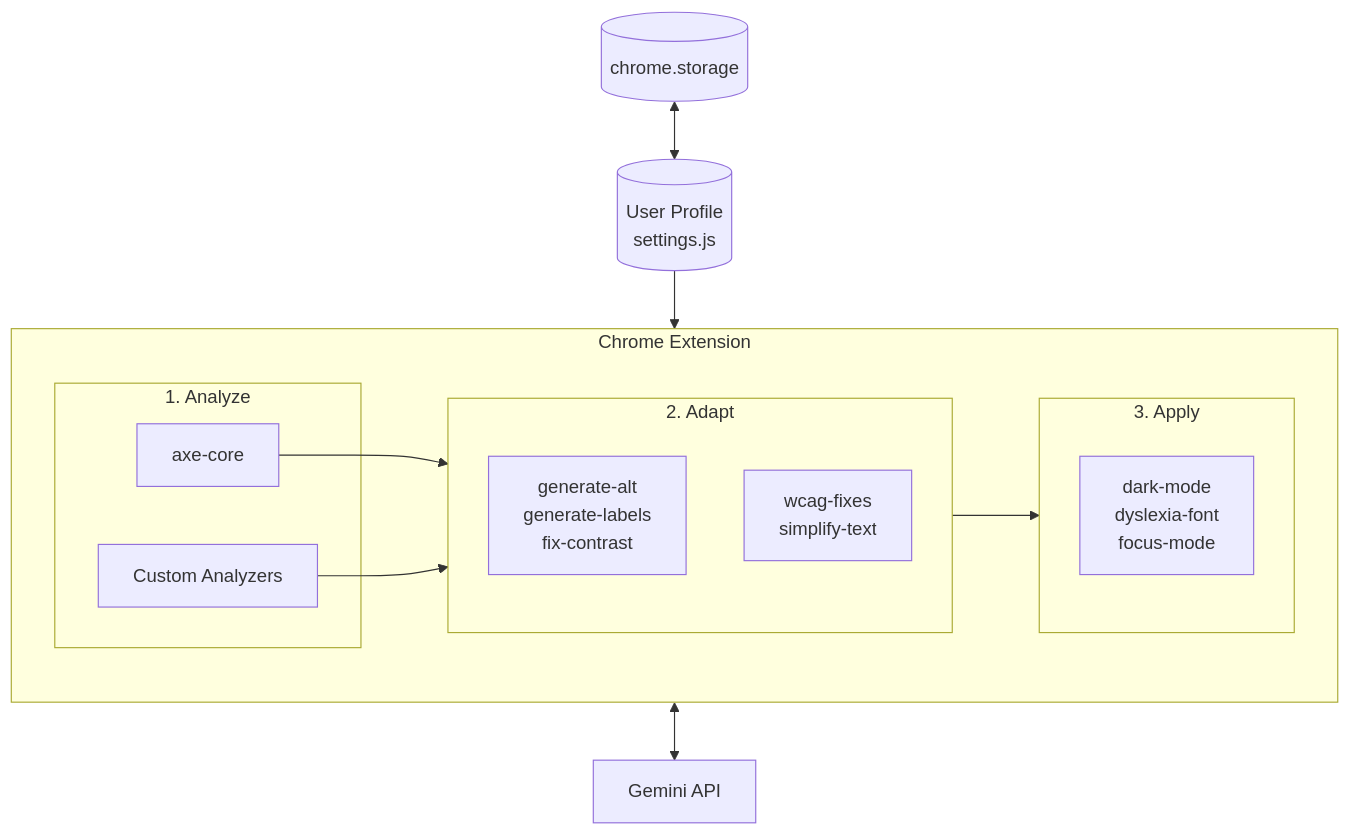
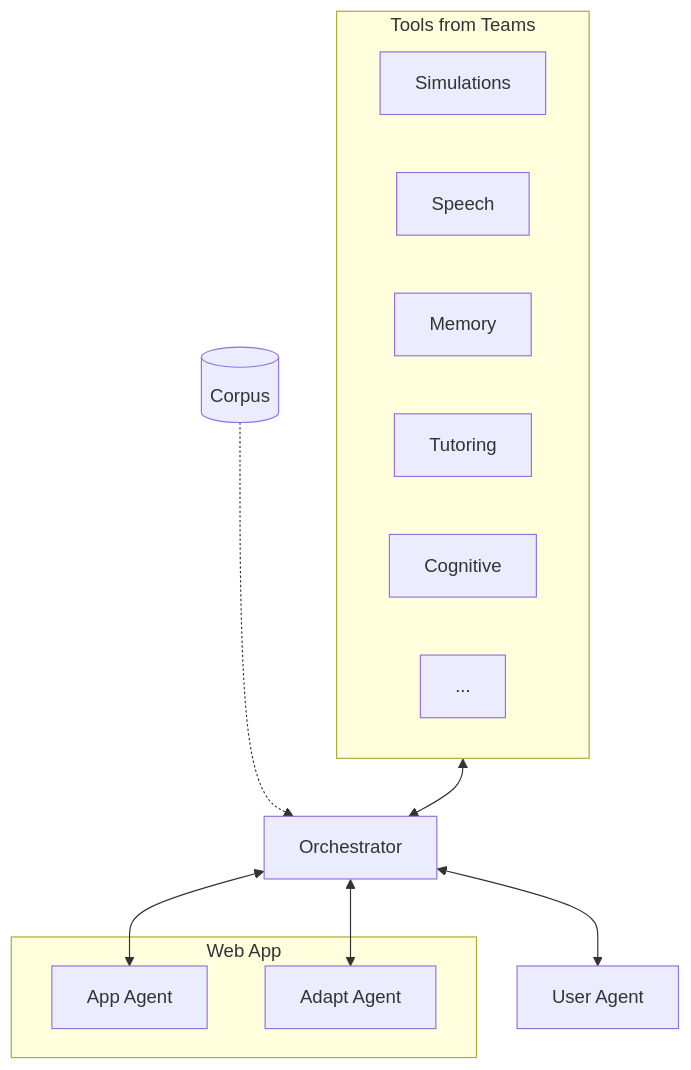
One commit to AI-for-Accessibility-Collective/AI-for-Accessibility-Toolkit changed the diagram in README.md. Above: the diagram before and after it, drawn with Mermaid. The commit also changed other lines of this file and 1 other file, not shown here.

Commit message:
Update architecture diagrams to show full collective vision

````diff
--- a/README.md
+++ b/README.md
@@ -189,31 +189,26 @@
 ```mermaid
-flowchart TB
-    subgraph Extension[Chrome Extension]
-        direction LR
-        
-        subgraph Analyze[1. Analyze]
-            axe[axe-core]
-            custom[Custom Analyzers]
-        end
-        
-        subgraph Adapt[2. Adapt]
-            gen[generate-alt<br/>generate-labels<br/>fix-contrast]
-            wcag[wcag-fixes<br/>simplify-text]
-        end
-        
-        subgraph Apply[3. Apply]
-            feat[dark-mode<br/>dyslexia-font<br/>focus-mode]
-        end
+flowchart TD
+    subgraph Tools[Tools from Teams]
+        T1[Simulations]
+        T2[Speech]
+        T3[Memory]
+        T4[Tutoring]
+        T5[Cognitive]
+        T6[...]
     end
+
+    O[Orchestrator]
+    Corpus[(Corpus)]
+    User[User Agent]
     
-    Profile[(User Profile<br/>settings.js)]
-    Storage[(chrome.storage)]
-    Gemini[Gemini API]
-    
-    axe --> Adapt
-    custom --> Adapt
-    Adapt --> Apply
-    Profile --> Apply
-    Storage <--> Profile
-    Adapt <--> Gemini
+    subgraph Target[Web App]
+        App[App Agent]
+        Adapt[Adapt Agent]
+    end
+
+    Tools <--> O
+    Corpus -.-> O
+    O <--> User
+    O <--> App
+    O <--> Adapt
 ```
````
